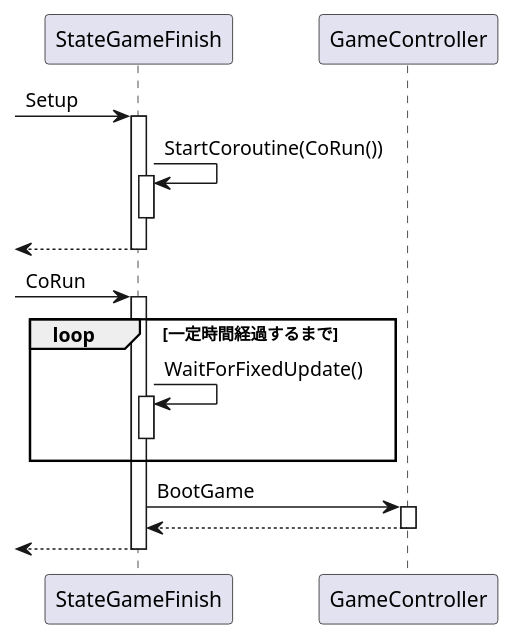
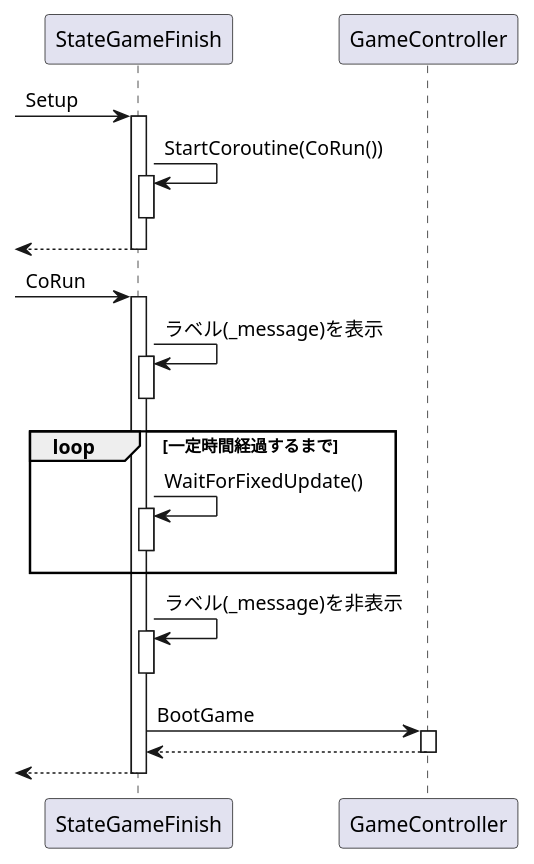
One commit to azarashin/UnityTetris changed the diagram in Documents/PlantUML/SD_StateGameFinish.pu. Above: the diagram before and after it, drawn with PlantUML. The commit also changed 7 other files, not shown here.

Commit message:
設計図を更新・修正。

```diff
--- a/Documents/PlantUML/SD_StateGameFinish.pu
+++ b/Documents/PlantUML/SD_StateGameFinish.pu
@@ -1,26 +1,32 @@
 @startuml
 
 [-> StateGameFinish : Setup
 activate StateGameFinish
     StateGameFinish -> StateGameFinish : StartCoroutine(CoRun())
         activate StateGameFinish
         deactivate StateGameFinish
     [<-- StateGameFinish
 deactivate StateGameFinish
 
 [-> StateGameFinish : CoRun
 activate StateGameFinish
+    StateGameFinish -> StateGameFinish : ラベル(_message)を表示
+    activate StateGameFinish
+    deactivate StateGameFinish
     loop 一定時間経過するまで
         StateGameFinish -> StateGameFinish : WaitForFixedUpdate()
         activate StateGameFinish
         deactivate StateGameFinish
     end
+    StateGameFinish -> StateGameFinish : ラベル(_message)を非表示
+    activate StateGameFinish
+    deactivate StateGameFinish
     StateGameFinish -> GameController : BootGame
     activate GameController
         StateGameFinish <-- GameController
     deactivate GameController
     [<-- StateGameFinish
 deactivate StateGameFinish
 
 
 @enduml
```
